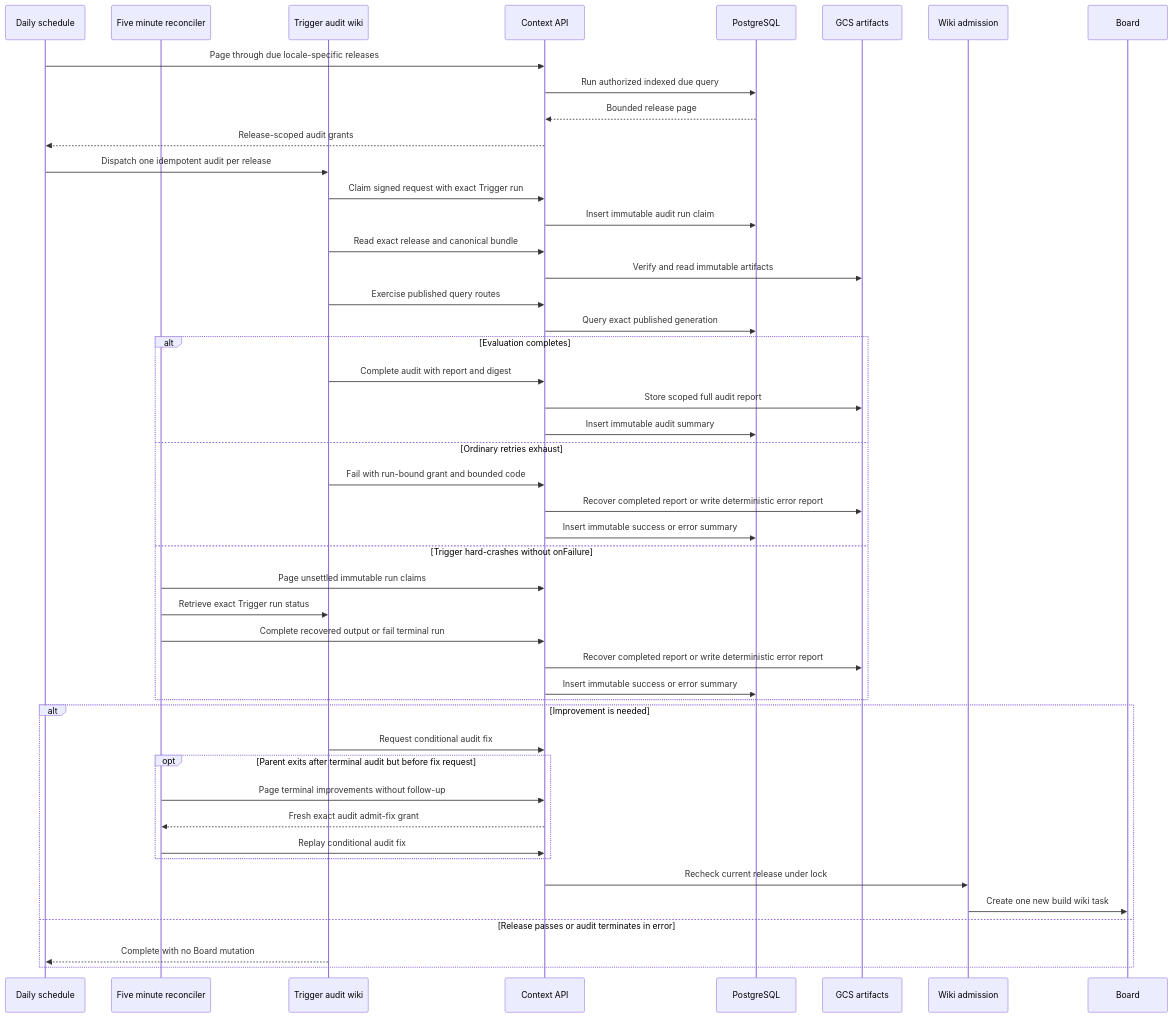
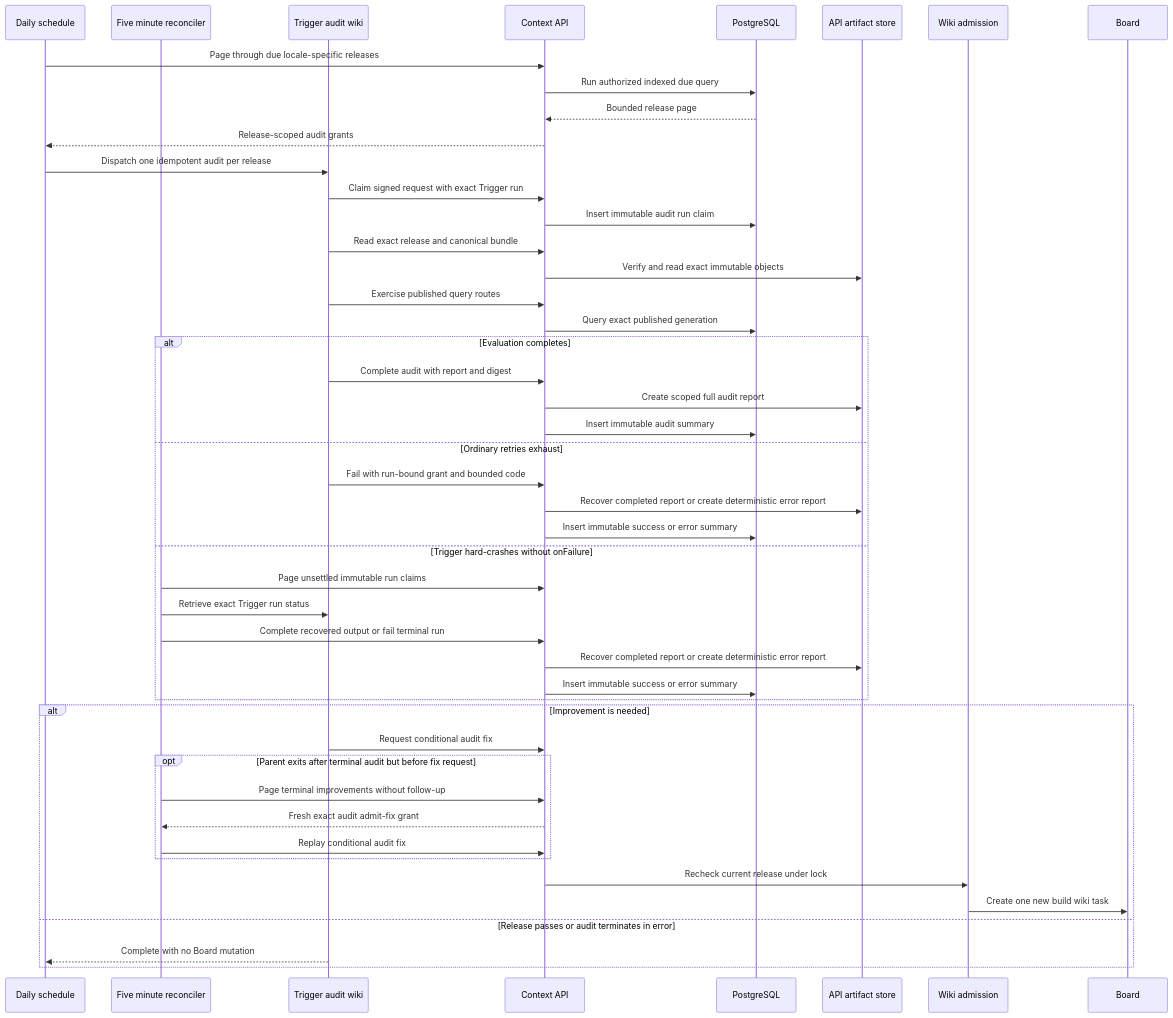
One commit to keon/jina-context-wiki-e2e-20260808 changed the fourth of 6 diagrams in docs/CONTEXT_WIKI_TRIGGER_MIGRATION_PLAN.md. Above: the diagram before and after it, drawn with Mermaid. The commit also changed other lines of this file and 15 other files, not shown here.

````diff
--- a/docs/CONTEXT_WIKI_TRIGGER_MIGRATION_PLAN.md
+++ b/docs/CONTEXT_WIKI_TRIGGER_MIGRATION_PLAN.md
@@ -209,50 +213,50 @@
 ```mermaid
 sequenceDiagram
     participant Schedule as Daily schedule
     participant Reconciler as Five minute reconciler
     participant Audit as Trigger audit wiki
     participant API as Context API
     participant DB as PostgreSQL
-    participant GCS as GCS artifacts
+    participant Objects as API artifact store
     participant Admission as Wiki admission
     participant Board as Board
 
     Schedule->>API: Page through due locale-specific releases
     API->>DB: Run authorized indexed due query
     DB-->>API: Bounded release page
     API-->>Schedule: Release-scoped audit grants
     Schedule->>Audit: Dispatch one idempotent audit per release
     Audit->>API: Claim signed request with exact Trigger run
     API->>DB: Insert immutable audit run claim
     Audit->>API: Read exact release and canonical bundle
-    API->>GCS: Verify and read immutable artifacts
+    API->>Objects: Verify and read exact immutable objects
     Audit->>API: Exercise published query routes
     API->>DB: Query exact published generation
     alt Evaluation completes
         Audit->>API: Complete audit with report and digest
-        API->>GCS: Store scoped full audit report
+        API->>Objects: Create scoped full audit report
         API->>DB: Insert immutable audit summary
     else Ordinary retries exhaust
         Audit->>API: Fail with run-bound grant and bounded code
-        API->>GCS: Recover completed report or write deterministic error report
+        API->>Objects: Recover completed report or create deterministic error report
         API->>DB: Insert immutable success or error summary
     else Trigger hard-crashes without onFailure
         Reconciler->>API: Page unsettled immutable run claims
         Reconciler->>Audit: Retrieve exact Trigger run status
         Reconciler->>API: Complete recovered output or fail terminal run
-        API->>GCS: Recover completed report or write deterministic error report
+        API->>Objects: Recover completed report or create deterministic error report
         API->>DB: Insert immutable success or error summary
     end
     alt Improvement is needed
         Audit->>API: Request conditional audit fix
         opt Parent exits after terminal audit but before fix request
             Reconciler->>API: Page terminal improvements without follow-up
             API-->>Reconciler: Fresh exact audit admit-fix grant
             Reconciler->>API: Replay conditional audit fix
         end
         API->>Admission: Recheck current release under lock
         Admission->>Board: Create one new build wiki task
     else Release passes or audit terminates in error
         Audit-->>Schedule: Complete with no Board mutation
     end
 ```
````
